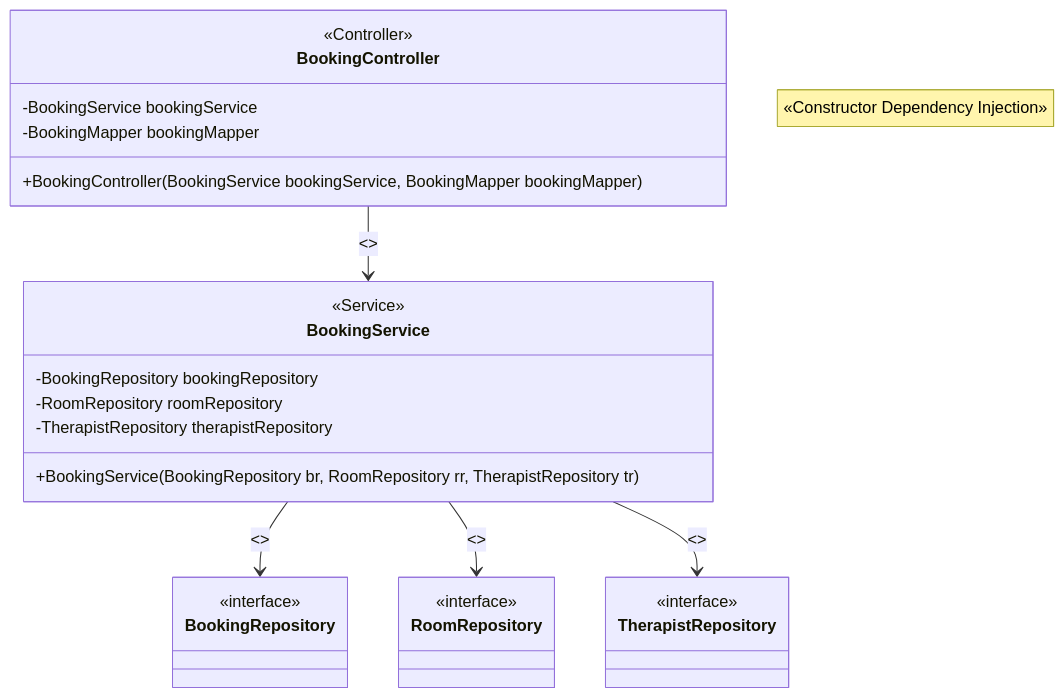
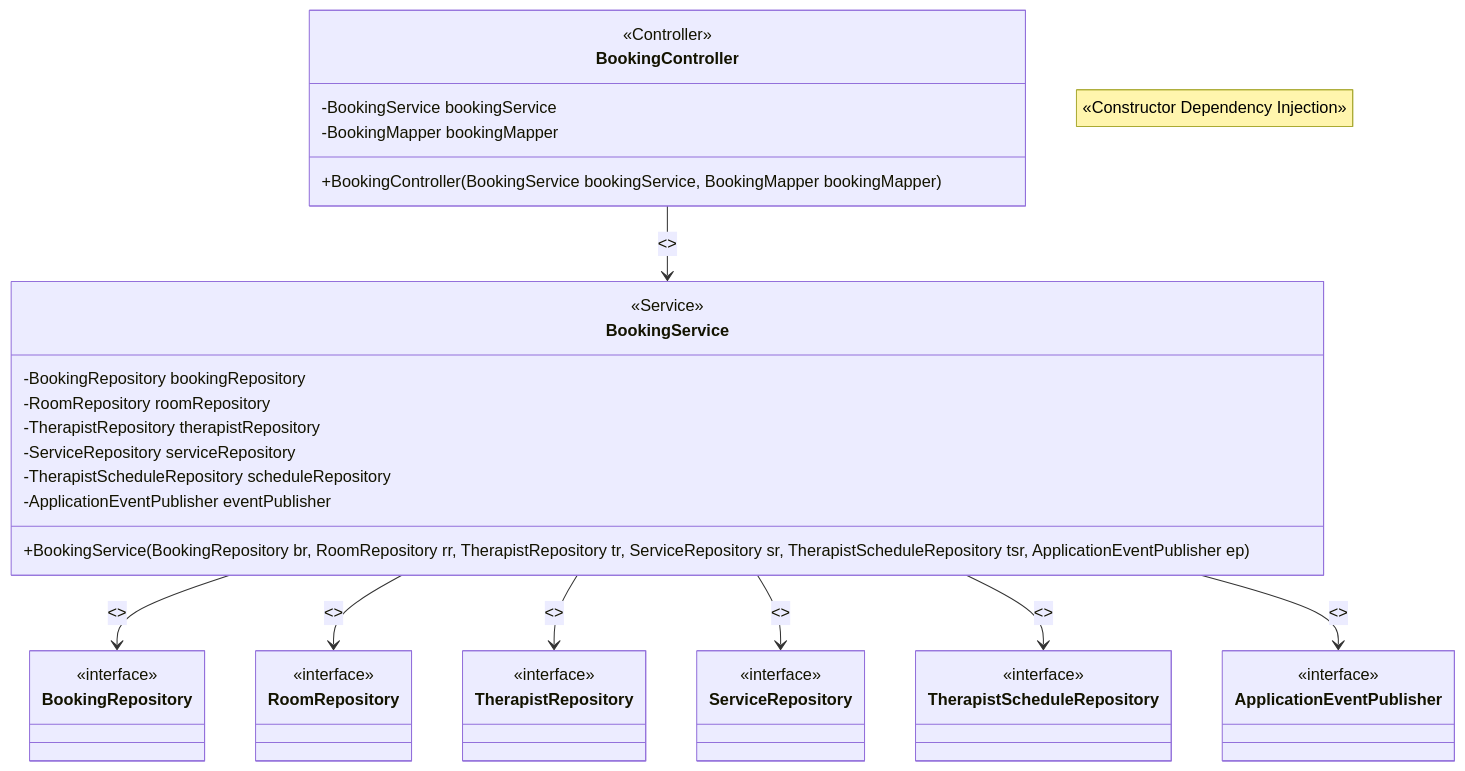
The sixth of 9 diagrams in doc/design-patterns.md (viphu-cs/FIWDEE-CP353002-69_1PrinciplesOfSoftwareDesign), drawn with Mermaid before and after one commit. The commit also changed other lines of this file and 12 other files, not shown here.

Commit message:
doc:edit diagram

````diff
--- a/doc/design-patterns.md
+++ b/doc/design-patterns.md
@@ -428,37 +428,55 @@
 ```mermaid
 classDiagram
     note "«Constructor Dependency Injection»"
     direction TB
 
     class BookingController {
         <<Controller>>
         -BookingService bookingService
         -BookingMapper bookingMapper
         +BookingController(BookingService bookingService, BookingMapper bookingMapper)
     }
 
     class BookingService {
         <<Service>>
         -BookingRepository bookingRepository
         -RoomRepository roomRepository
         -TherapistRepository therapistRepository
-        +BookingService(BookingRepository br, RoomRepository rr, TherapistRepository tr)
+        -ServiceRepository serviceRepository
+        -TherapistScheduleRepository scheduleRepository
+        -ApplicationEventPublisher eventPublisher
+        +BookingService(BookingRepository br, RoomRepository rr, TherapistRepository tr, ServiceRepository sr, TherapistScheduleRepository tsr, ApplicationEventPublisher ep)
     }
 
     class BookingRepository {
         <<interface>>
     }
 
     class RoomRepository {
         <<interface>>
     }
 
     class TherapistRepository {
         <<interface>>
     }
 
+    class ServiceRepository {
+        <<interface>>
+    }
+
+    class TherapistScheduleRepository {
+        <<interface>>
+    }
+
+    class ApplicationEventPublisher {
+        <<interface>>
+    }
+
     BookingController --> BookingService : <<injected via constructor>>
     BookingService --> BookingRepository : <<injected via constructor>>
     BookingService --> RoomRepository : <<injected via constructor>>
     BookingService --> TherapistRepository : <<injected via constructor>>
+    BookingService --> ServiceRepository : <<injected via constructor>>
+    BookingService --> TherapistScheduleRepository : <<injected via constructor>>
+    BookingService --> ApplicationEventPublisher : <<injected via constructor>>
 ```
````
